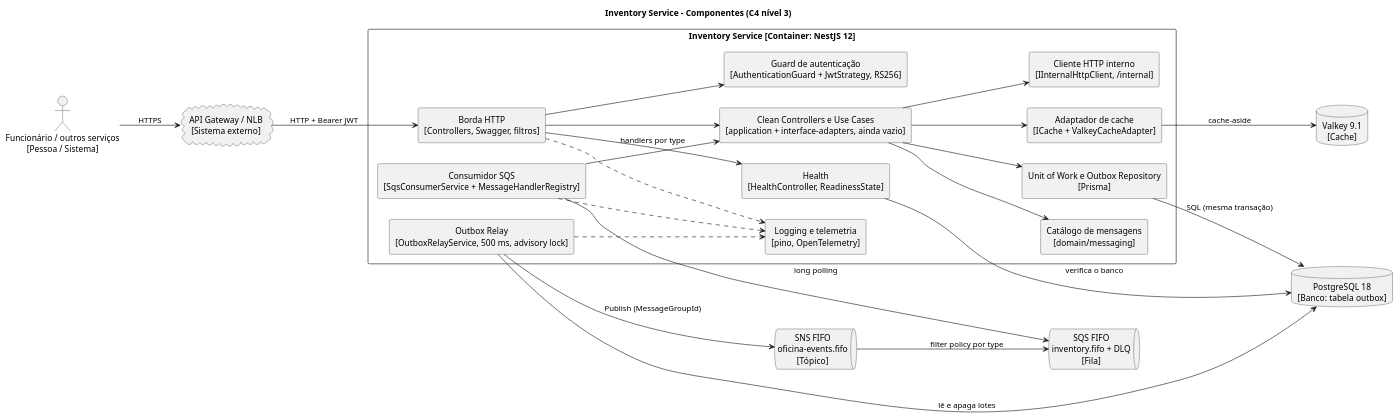
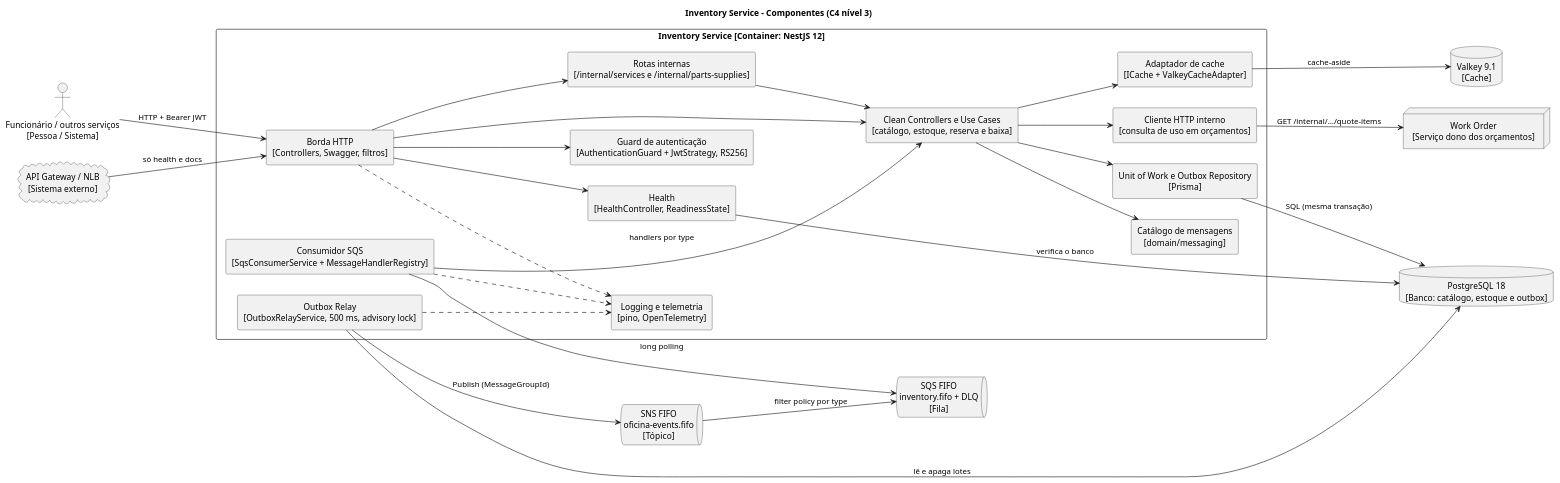
One commit to FIAP-15SOAT/oficina-mecanica-inventory-service changed the diagram in docs/c4/inventory-component.puml. Above: the diagram before and after it, drawn with PlantUML. The commit also changed 55 other files, not shown here.

```diff
--- a/docs/c4/inventory-component.puml
+++ b/docs/c4/inventory-component.puml
@@ -1,49 +1,54 @@
 @startuml inventory-component
 title Inventory Service - Componentes (C4 nível 3)
 skinparam componentStyle rectangle
 skinparam shadowing false
 skinparam defaultTextAlignment center
 left to right direction
 
 actor "Funcionário / outros serviços\n[Pessoa / Sistema]" as client
 cloud "API Gateway / NLB\n[Sistema externo]" as gateway
-database "PostgreSQL 18\n[Banco: tabela outbox]" as pg
+database "PostgreSQL 18\n[Banco: catálogo, estoque e outbox]" as pg
 database "Valkey 9.1\n[Cache]" as valkey
+node "Work Order\n[Serviço dono dos orçamentos]" as workorder
 queue "SNS FIFO\noficina-events.fifo\n[Tópico]" as sns
 queue "SQS FIFO\ninventory.fifo + DLQ\n[Fila]" as sqs
 
 rectangle "Inventory Service [Container: NestJS 12]" {
   component "Borda HTTP\n[Controllers, Swagger, filtros]" as http
   component "Guard de autenticação\n[AuthenticationGuard + JwtStrategy, RS256]" as guard
   component "Health\n[HealthController, ReadinessState]" as health
-  component "Clean Controllers e Use Cases\n[application + interface-adapters, ainda vazio]" as usecases
+  component "Clean Controllers e Use Cases\n[catálogo, estoque, reserva e baixa]" as usecases
   component "Catálogo de mensagens\n[domain/messaging]" as catalog
   component "Unit of Work e Outbox Repository\n[Prisma]" as uow
   component "Outbox Relay\n[OutboxRelayService, 500 ms, advisory lock]" as relay
   component "Consumidor SQS\n[SqsConsumerService + MessageHandlerRegistry]" as consumer
   component "Adaptador de cache\n[ICache + ValkeyCacheAdapter]" as cache
-  component "Cliente HTTP interno\n[IInternalHttpClient, /internal]" as internal
+  component "Cliente HTTP interno\n[consulta de uso em orçamentos]" as internal
+component "Rotas internas\n[/internal/services e /internal/parts-supplies]" as internalroutes
   component "Logging e telemetria\n[pino, OpenTelemetry]" as obs
 }
 
-client --> gateway : HTTPS
-gateway --> http : HTTP + Bearer JWT
+client --> http : HTTP + Bearer JWT
+gateway --> http : só health e docs
 http --> guard
 http --> health
 http --> usecases
+http --> internalroutes
+internalroutes --> usecases
 health --> pg : verifica o banco
 usecases --> catalog
 usecases --> uow
 usecases --> cache
 usecases --> internal
+internal --> workorder : GET /internal/.../quote-items
 uow --> pg : SQL (mesma transação)
 relay --> pg : lê e apaga lotes
 relay --> sns : Publish (MessageGroupId)
 sns --> sqs : filter policy por type
 consumer --> sqs : long polling
 consumer --> usecases : handlers por type
 cache --> valkey : cache-aside
 http ..> obs
 relay ..> obs
 consumer ..> obs
 @enduml
```
